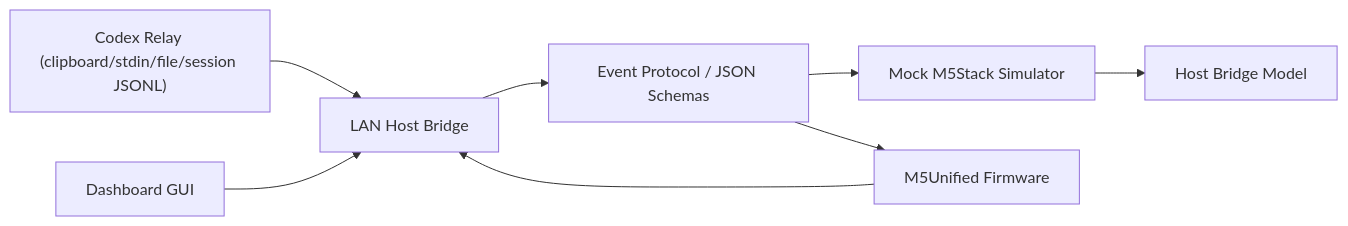
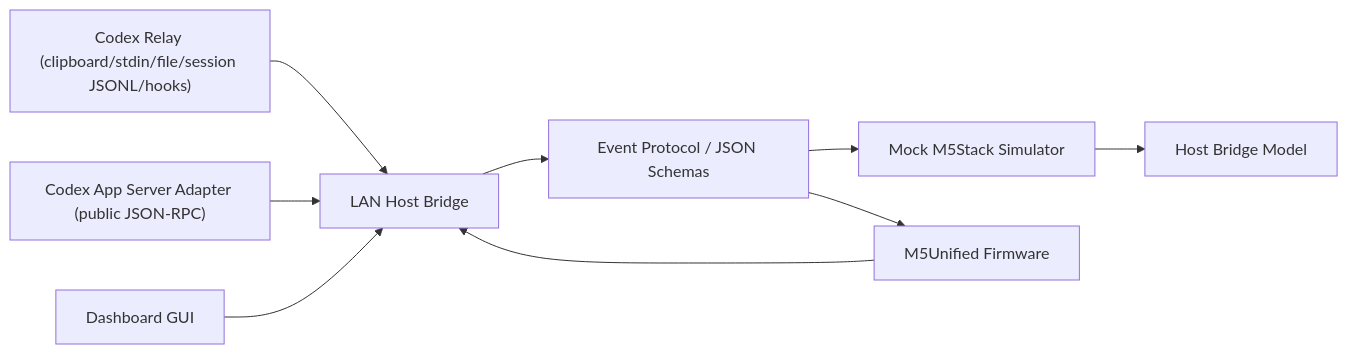
The diagram in docs/architecture.md (Sunmax0731/m5stack-codex-pet-notifier), drawn with Mermaid before and after one commit. The commit also changed other lines of this file and 59 other files, not shown here.

Commit message:
Refine Core2 scope and public adapter prep

````diff
--- a/docs/architecture.md
+++ b/docs/architecture.md
@@ -3,10 +3,11 @@
 ```mermaid
 flowchart LR
-  Codex["Codex Relay (clipboard/stdin/file/session JSONL)"] --> Bridge["LAN Host Bridge"]
+  Codex["Codex Relay (clipboard/stdin/file/session JSONL/hooks)"] --> Bridge["LAN Host Bridge"]
+  AppServer["Codex App Server Adapter (public JSON-RPC)"] --> Bridge
   Dashboard["Dashboard GUI"] --> Bridge
   Bridge --> Protocol["Event Protocol / JSON Schemas"]
   Protocol --> Simulator["Mock M5Stack Simulator"]
   Protocol --> Firmware["M5Unified Firmware"]
   Simulator --> Model["Host Bridge Model"]
   Firmware --> Bridge
 ```
````
